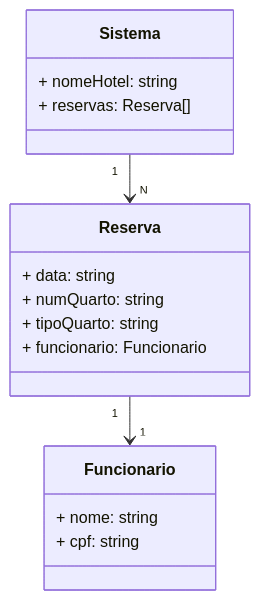
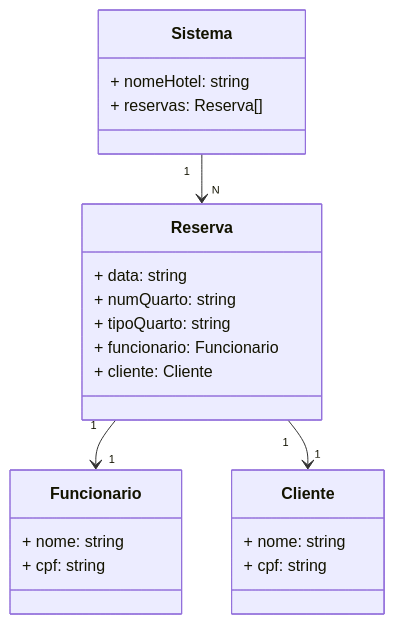
Before and after one commit to LuizBuarqueDev/Desafio-Final-Java-Backend: the diagram in README.md, drawn with Mermaid.

````diff
--- a/README.md
+++ b/README.md
@@ -5,23 +5,30 @@
 ```mermaid
 classDiagram
   class Sistema {
     + nomeHotel: string
     + reservas: Reserva[]
   }
 
   class Reserva {
     + data: string
     + numQuarto: string
     + tipoQuarto: string
     + funcionario: Funcionario
+    + cliente: Cliente
   }
 
   class Funcionario {
     + nome: string
     + cpf: string
   }
 
-  Sistema "1"-->"N" Reserva
-  Reserva "1"-->"1" Funcionario
+  class Cliente {
+    + nome: string
+    + cpf: string
+  }
+
+  Sistema "1" --> "N" Reserva
+  Reserva "1" --> "1" Funcionario
+  Reserva "1" --> "1" Cliente
 
 ```
````
